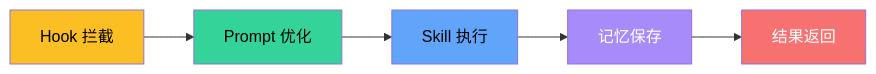
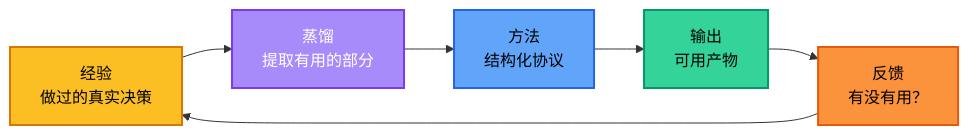
Before and after one commit to KimYx0207/Kim_Decision: the third of 3 diagrams in README.zh-CN.md, drawn with Mermaid. The commit also changed other lines of this file and 6 other files, not shown here.

````diff
--- a/README.zh-CN.md
+++ b/README.zh-CN.md
@@ -85,13 +289,14 @@
 ```mermaid
 flowchart LR
-    H[Hook 拦截] --> P[Prompt 优化]
-    P --> S[Skill 执行]
-    S --> M[记忆保存]
-    M --> R[结果返回]
+    EXP["经验<br/>做过的真实决策"] --> DIST["蒸馏<br/>提取有用的部分"]
+    DIST --> METHOD["方法<br/>结构化协议"]
+    METHOD --> OUTPUT["输出<br/>可用产物"]
+    OUTPUT --> FEEDBACK["反馈<br/>有没有用？"]
+    FEEDBACK --> EXP
 
-    style H fill:#fbbf24,color:#000
-    style P fill:#34d399,color:#000
-    style S fill:#60a5fa,color:#000
-    style M fill:#a78bfa,color:#fff
-    style R fill:#f87171,color:#fff
+    style EXP fill:#fbbf24,stroke:#d97706,color:#000,stroke-width:2px
+    style DIST fill:#a78bfa,stroke:#7c3aed,color:#fff,stroke-width:2px
+    style METHOD fill:#60a5fa,stroke:#2563eb,color:#000,stroke-width:2px
+    style OUTPUT fill:#34d399,stroke:#059669,color:#000,stroke-width:2px
+    style FEEDBACK fill:#fb923c,stroke:#ea580c,color:#000,stroke-width:2px
 ```
````
